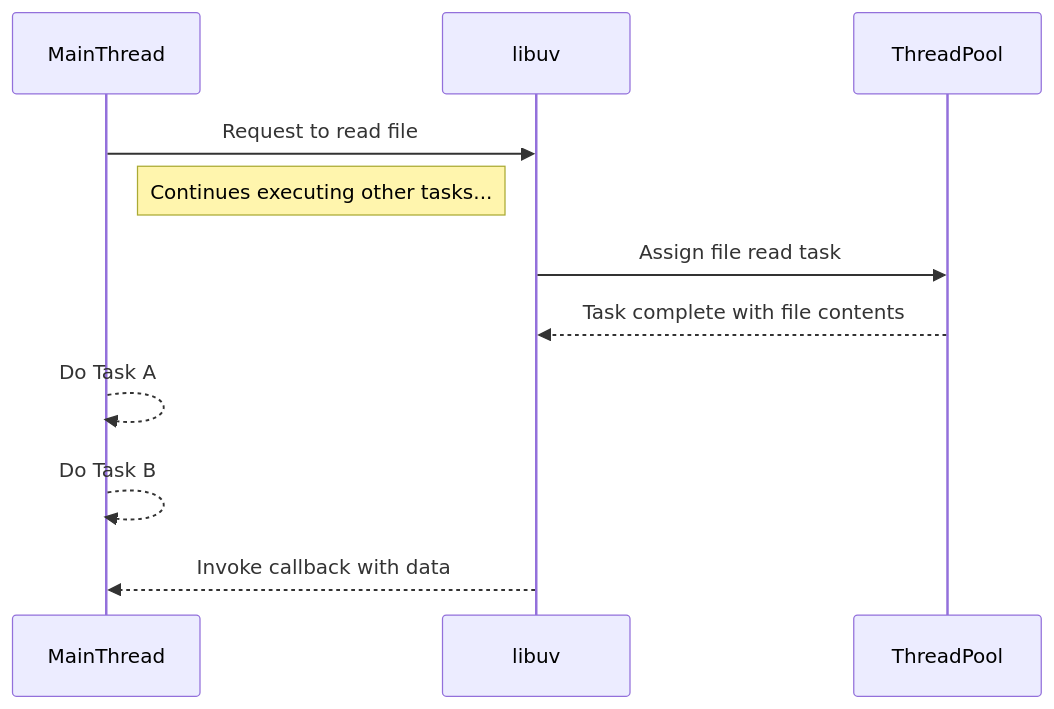
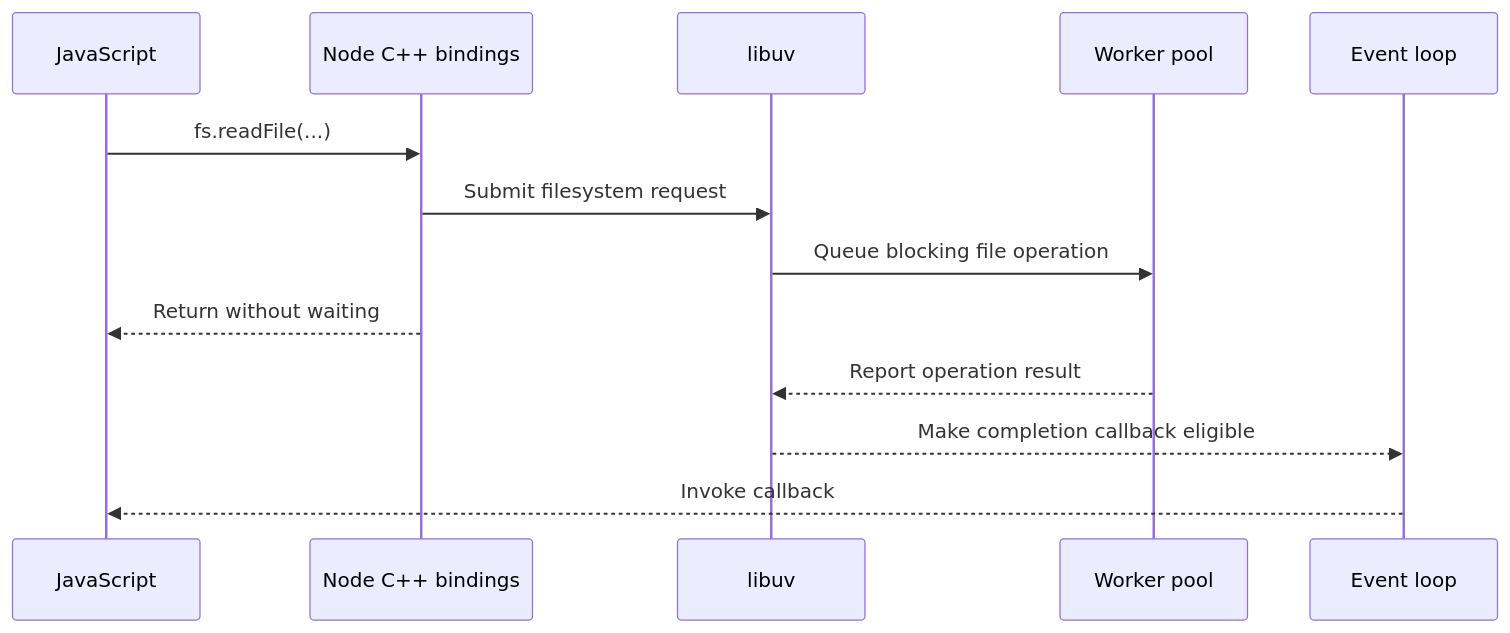
One commit to Matheus-de-Mello-Vieira/backend-knowledge changed the first of 2 diagrams in Technologies/NodeJS/01 Basics/04 Internals.md. Above: the diagram before and after it, drawn with Mermaid. The commit also changed other lines of this file and 17 other files, not shown here.

````diff
--- a/Technologies/NodeJS/01 Basics/04 Internals.md
+++ b/Technologies/NodeJS/01 Basics/04 Internals.md
@@ -64,18 +67,16 @@
 ```mermaid
 sequenceDiagram
-    participant MainThread
+    participant JavaScript
+    participant NodeBindings as Node C++ bindings
     participant libuv
-    participant ThreadPool
+    participant WorkerPool as Worker pool
+    participant EventLoop as Event loop
 
-	MainThread->>libuv: Request to read file
-    Note right of MainThread: Continues executing other tasks...
-
-    libuv->>ThreadPool: Assign file read task
-    ThreadPool-->>libuv: Task complete with file contents
-
-    MainThread-->>MainThread: Do Task A
-    MainThread-->>MainThread: Do Task B
-
-    libuv-->>MainThread: Invoke callback with data
-
+    JavaScript->>NodeBindings: fs.readFile(...)
+    NodeBindings->>libuv: Submit filesystem request
+    libuv->>WorkerPool: Queue blocking file operation
+    NodeBindings-->>JavaScript: Return without waiting
+    WorkerPool-->>libuv: Report operation result
+    libuv-->>EventLoop: Make completion callback eligible
+    EventLoop-->>JavaScript: Invoke callback
 ```
````
